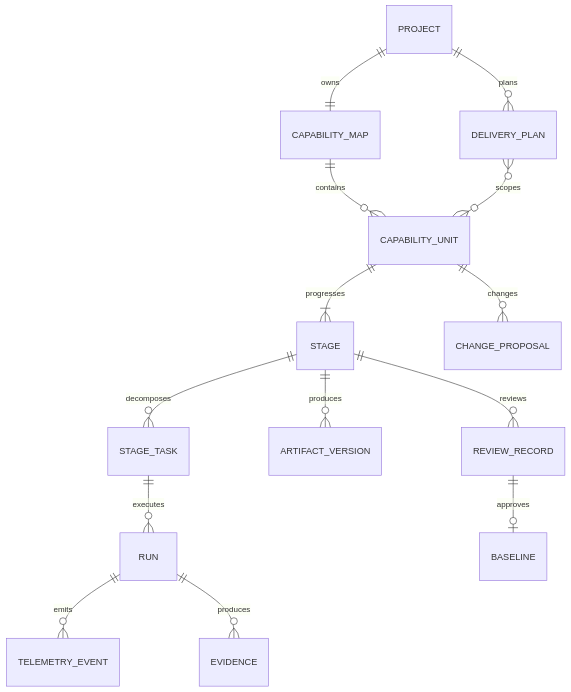
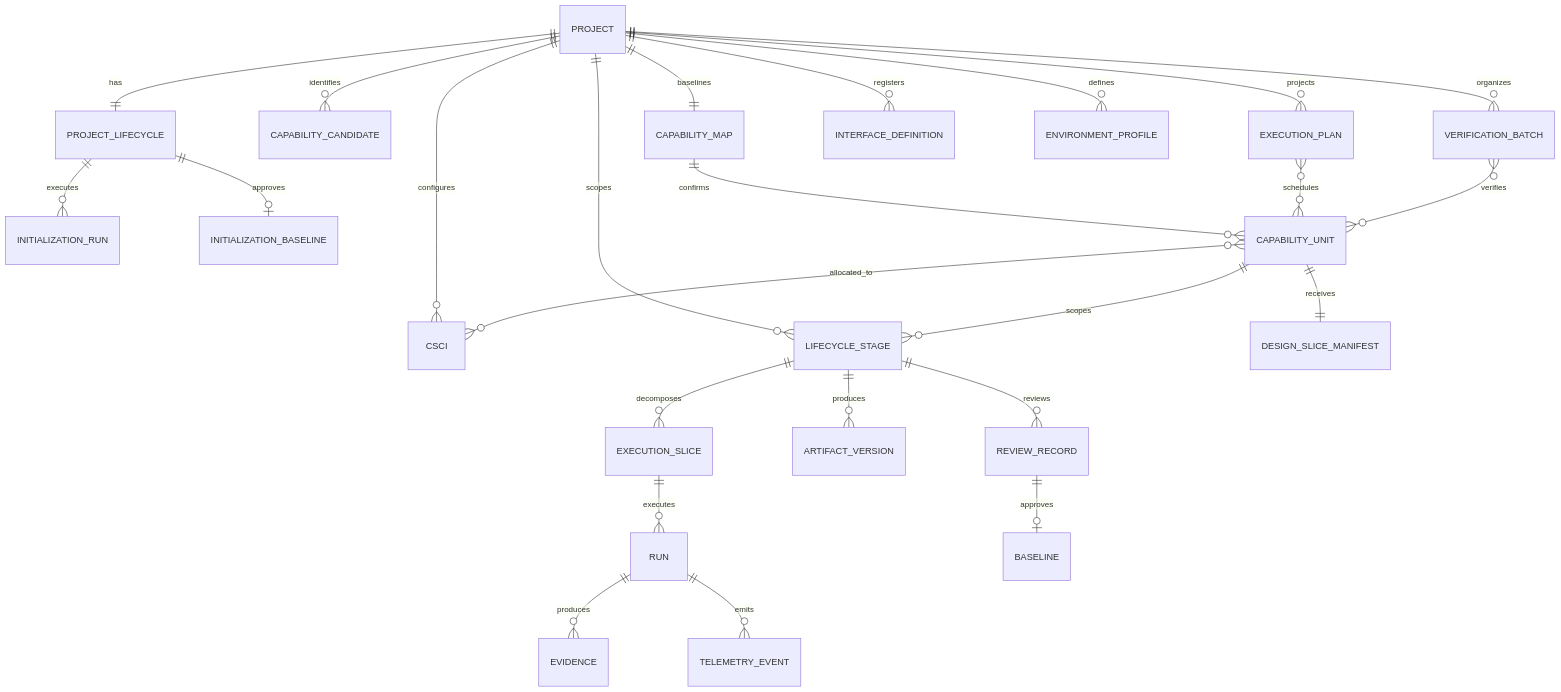
The second of 5 diagrams in docs/v1.1/ai-software-factory-design-v1.1-final.md (Gandufu/sdlc-factory), drawn with Mermaid before and after one commit. The commit also changed other lines of this file, not shown here.

Commit message:
docs: refactor v1.1 lifecycle scopes

````diff
--- a/docs/v1.1/ai-software-factory-design-v1.1-final.md
+++ b/docs/v1.1/ai-software-factory-design-v1.1-final.md
@@ -154,16 +173,27 @@
 ```mermaid
 erDiagram
-    PROJECT ||--|| CAPABILITY_MAP : owns
-    PROJECT ||--o{ DELIVERY_PLAN : plans
-    CAPABILITY_MAP ||--o{ CAPABILITY_UNIT : contains
-    DELIVERY_PLAN }o--o{ CAPABILITY_UNIT : scopes
-    CAPABILITY_UNIT ||--|{ STAGE : progresses
-    STAGE ||--o{ STAGE_TASK : decomposes
-    STAGE_TASK ||--o{ RUN : executes
-    STAGE ||--o{ ARTIFACT_VERSION : produces
-    STAGE ||--o{ REVIEW_RECORD : reviews
+    PROJECT ||--|| PROJECT_LIFECYCLE : has
+    PROJECT_LIFECYCLE ||--o{ INITIALIZATION_RUN : executes
+    PROJECT_LIFECYCLE ||--o| INITIALIZATION_BASELINE : approves
+    PROJECT ||--o{ CSCI : configures
+    PROJECT ||--o{ LIFECYCLE_STAGE : scopes
+    PROJECT ||--o{ CAPABILITY_CANDIDATE : identifies
+    PROJECT ||--|| CAPABILITY_MAP : baselines
+    CAPABILITY_MAP ||--o{ CAPABILITY_UNIT : confirms
+    CAPABILITY_UNIT }o--o{ CSCI : allocated_to
+    PROJECT ||--o{ EXECUTION_PLAN : projects
+    EXECUTION_PLAN }o--o{ CAPABILITY_UNIT : schedules
+    CAPABILITY_UNIT ||--|| DESIGN_SLICE_MANIFEST : receives
+    CAPABILITY_UNIT ||--o{ LIFECYCLE_STAGE : scopes
+    LIFECYCLE_STAGE ||--o{ EXECUTION_SLICE : decomposes
+    EXECUTION_SLICE ||--o{ RUN : executes
+    LIFECYCLE_STAGE ||--o{ ARTIFACT_VERSION : produces
+    LIFECYCLE_STAGE ||--o{ REVIEW_RECORD : reviews
     REVIEW_RECORD ||--o| BASELINE : approves
-    CAPABILITY_UNIT ||--o{ CHANGE_PROPOSAL : changes
+    PROJECT ||--o{ VERIFICATION_BATCH : organizes
+    VERIFICATION_BATCH }o--o{ CAPABILITY_UNIT : verifies
+    PROJECT ||--o{ INTERFACE_DEFINITION : registers
+    PROJECT ||--o{ ENVIRONMENT_PROFILE : defines
+    RUN ||--o{ EVIDENCE : produces
     RUN ||--o{ TELEMETRY_EVENT : emits
-    RUN ||--o{ EVIDENCE : produces
 ```
````
